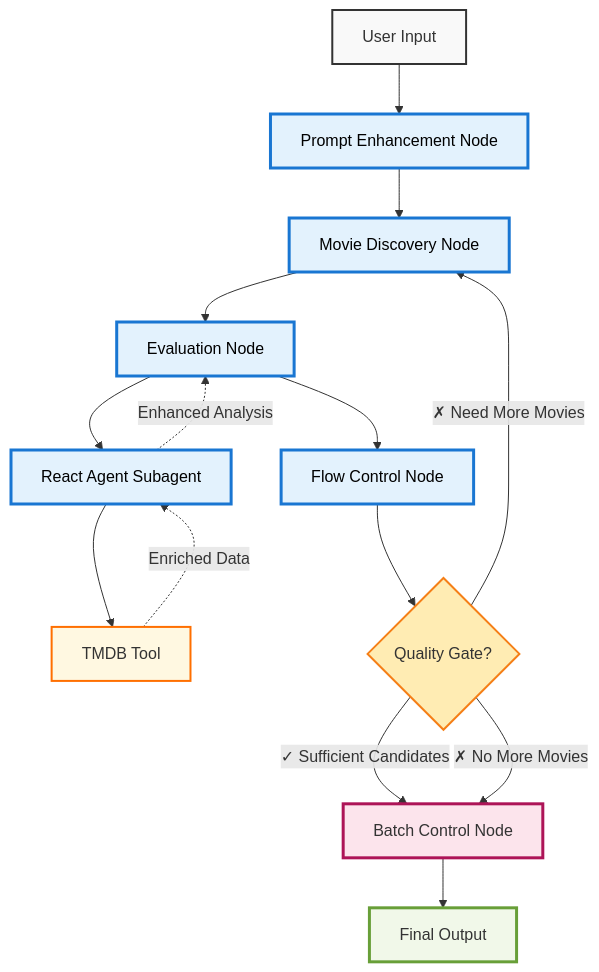
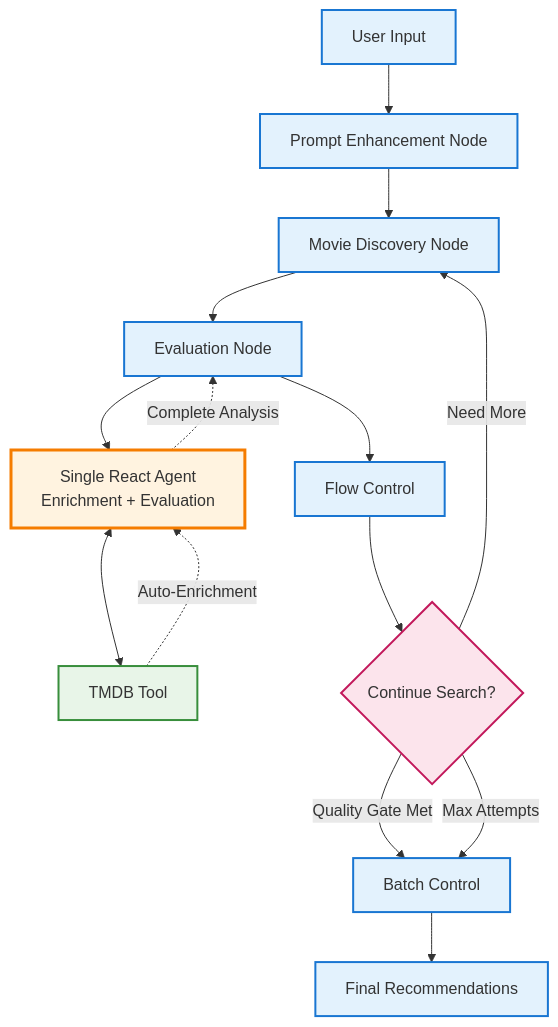
Before and after one commit to ciberado/agentic-videoclub: the diagram in packages/agentic/DESIGN.md, drawn with Mermaid. The commit also changed other lines of this file, not shown here.

````diff
--- a/packages/agentic/DESIGN.md
+++ b/packages/agentic/DESIGN.md
@@ -27,33 +30,32 @@
 ```mermaid
 graph TD
     A[User Input] --> B[Prompt Enhancement Node]
     B --> C[Movie Discovery Node]
     C --> D[Evaluation Node]
-    D --> E[Flow Control Node]
+    D --> E[Flow Control]
 
-    %% React Agent Subagent within Evaluation Node
-    D --> RA[React Agent Subagent]
-    RA --> T[TMDB Tool]
-    T -.->|Enriched Data| RA
-    RA -.->|Enhanced Analysis| D
+    %% Single React Agent handles both enrichment and evaluation
+    D --> RA[Single React Agent<br/>Enrichment + Evaluation]
+    RA <--> T[TMDB Tool]
+    T -.->|Auto-Enrichment| RA
+    RA -.->|Complete Analysis| D
 
-    %% Routing Logic
-    E --> F{Quality Gate?}
-    F -->|✓ Sufficient Candidates| G[Batch Control Node]
-    F -->|✗ Need More Movies| C
-    F -->|✗ No More Movies| G
+    %% Flow Control Logic
+    E --> F{Continue Search?}
+    F -->|Need More| C
+    F -->|Quality Gate Met| G[Batch Control]
+    F -->|Max Attempts| G
 
-    G --> H[Final Output]
+    G --> H[Final Recommendations]
 
     %% Styling
-    classDef Agent fill:#e3f2fd,stroke:#1976d2,stroke-width:3px,color:#000
+    classDef node fill:#e3f2fd,stroke:#1976d2,stroke-width:2px
+    classDef unified fill:#fff3e0,stroke:#f57c00,stroke-width:3px
+    classDef tool fill:#e8f5e8,stroke:#388e3c,stroke-width:2px
+    classDef decision fill:#fce4ec,stroke:#c2185b,stroke-width:2px
 
-    style A fill:#f9f9f9,stroke:#333,stroke-width:2px
-    style T fill:#fff8e1,stroke:#ff6f00,stroke-width:2px
-    style F fill:#ffecb3,stroke:#f57f17,stroke-width:2px
-    style G fill:#fce4ec,stroke:#ad1457,stroke-width:3px
-    style H fill:#f1f8e9,stroke:#689f38,stroke-width:3px
-
-    %% Apply Agent class to actual agent nodes only
-    class B,C,D,E,RA Agent
+    class B,C,D,G node
+    class RA unified
+    class T tool
+    class F decision
 ```
````
